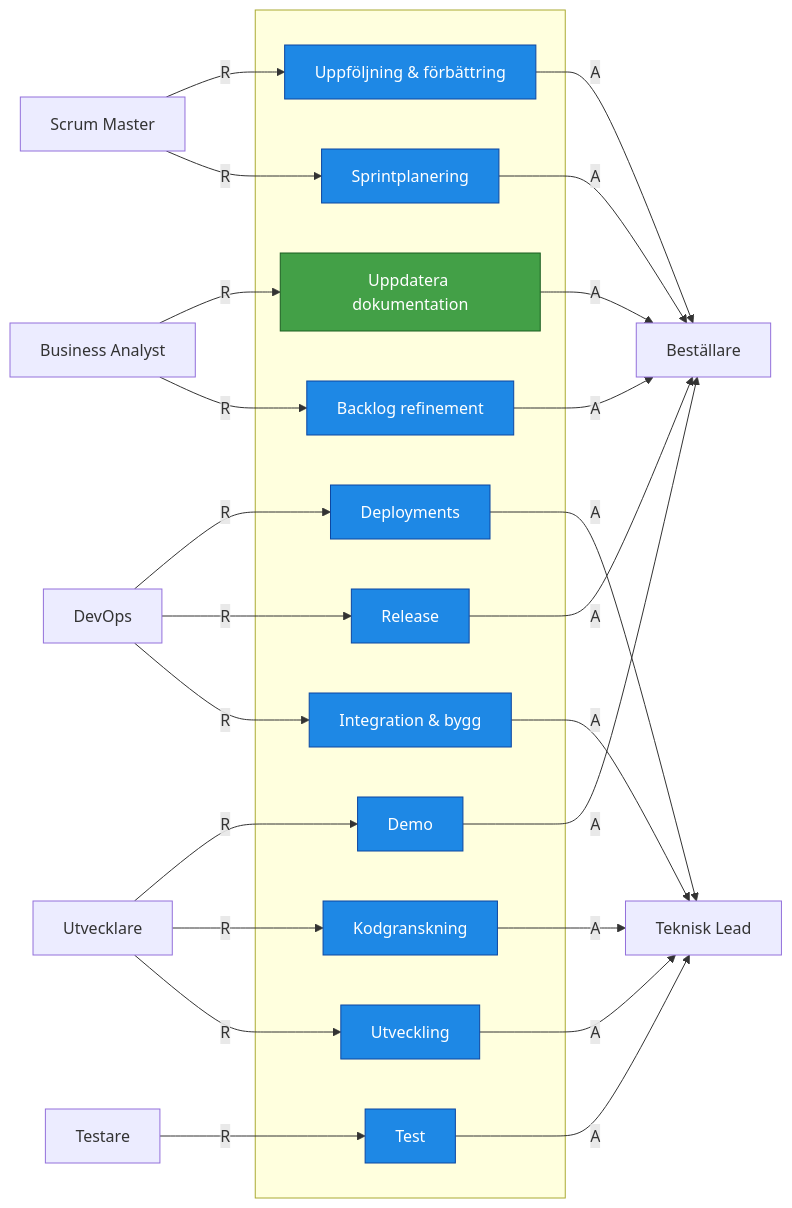
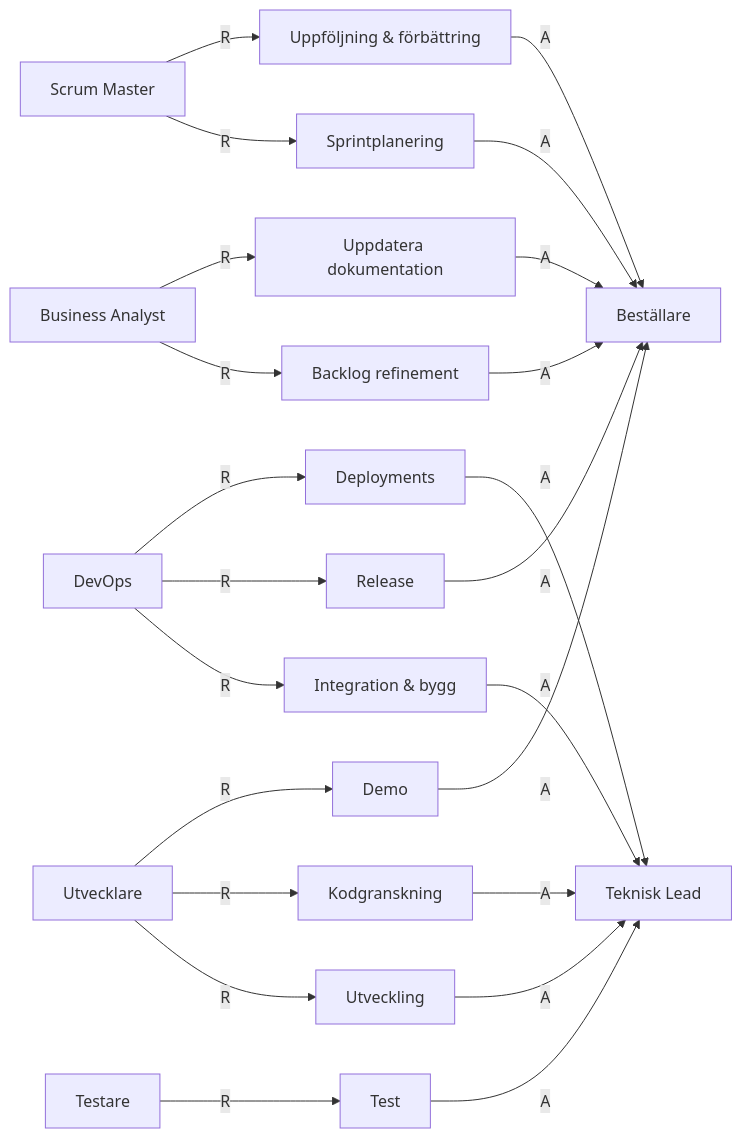
The second of 3 diagrams in framework/standard/RACI/4. Leverans.md (Riniga/valuestream-os), drawn with Mermaid before and after one commit. The commit also changed other lines of this file and 83 other files, not shown here.

````diff
--- a/framework/standard/RACI/4. Leverans.md
+++ b/framework/standard/RACI/4. Leverans.md
@@ -73,59 +32,46 @@
 ```mermaid
 flowchart LR
-    subgraph " "
-        A1["Backlog refinement"]
-        A2["Sprintplanering"]
-        B1["Utveckling"]
-        B2["Kodgranskning"]
-        B3["Test"]
-        C1["Integration & bygg"]
-        D1["Demo"]
-        E1["Release"]
-        F1["Deployments"]
-        E2["Uppdatera dokumentation"]
-        G1["Uppföljning & förbättring"]
-    end
+    A1["Backlog refinement"]
+    A2["Sprintplanering"]
+    B1["Utveckling"]
+    B2["Kodgranskning"]
+    B3["Test"]
+    C1["Integration & bygg"]
+    D1["Demo"]
+    E1["Release"]
+    F1["Deployments"]
+    E2["Uppdatera dokumentation"]
+    G1["Uppföljning & förbättring"]
 
-    %% ROLLER (ENDAST DE SOM HAR R)
     BA["Business Analyst"]
     SM["Scrum Master"]
     UT["Utvecklare"]
     TE["Testare"]
     DE["DevOps"]
-
-
     TL["Teknisk Lead"]
-    PA["Beställare"]
+    BE["Beställare"]
 
     BA -- R --> A1
     SM -- R --> A2
     UT -- R --> B1
     UT -- R --> B2
     TE -- R --> B3
     DE -- R --> C1
     UT -- R --> D1
     DE -- R --> E1
     DE -- R --> F1
     BA -- R --> E2
     SM -- R --> G1
 
-    A1 -- A --> PA
-    A2 -- A --> PA
+    A1 -- A --> BE
+    A2 -- A --> BE
     B1 -- A --> TL
     B2 -- A --> TL
     B3 -- A --> TL
     C1 -- A --> TL
-    D1 -- A --> PA
-    E1 -- A --> PA
+    D1 -- A --> BE
+    E1 -- A --> BE
     F1 -- A --> TL
-    E2 -- A --> PA
-    G1 -- A --> PA
-
-    %% STYLING
-    classDef seq fill:#1e88e5,stroke:#0d47a1,color:#fff;
-    classDef par fill:#43a047,stroke:#1b5e20,color:#fff;
-    classDef slut fill:#6a1b9a,stroke:#4a148c,color:#fff;
-
-    class A1,A2,B1,B2,B3,C1,D1,E1,F1,G1,H1 seq;
-    class E2 par;
+    E2 -- A --> BE
+    G1 -- A --> BE
 ```
````
